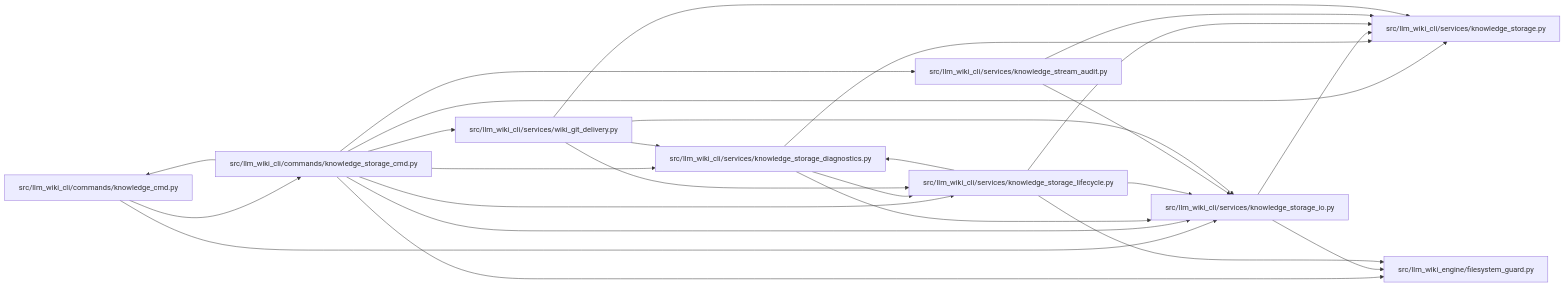
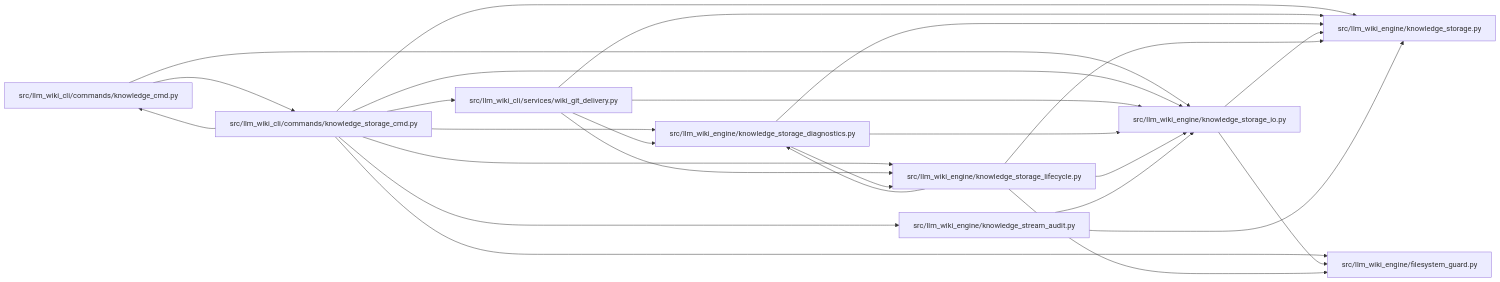
One commit to Denissvgn/python-wiki-llm changed the diagram in docs/llm_wiki/modules/knowledge_storage_cmd.md. Above: the diagram before and after it, drawn with Mermaid. The commit also changed other lines of this file and 1058 other files, not shown here.

First line of the commit message:
docs: refresh the wiki for the knowledge store move

````diff
--- a/docs/llm_wiki/modules/knowledge_storage_cmd.md
+++ b/docs/llm_wiki/modules/knowledge_storage_cmd.md
@@ -28,46 +28,46 @@
 ```mermaid
 flowchart LR
     n0["src/llm_wiki_cli/commands/knowledge_cmd.py"]
     n1["src/llm_wiki_cli/commands/knowledge_storage_cmd.py"]
-    n2["src/llm_wiki_cli/services/knowledge_storage.py"]
-    n3["src/llm_wiki_cli/services/knowledge_storage_diagnostics.py"]
-    n4["src/llm_wiki_cli/services/knowledge_storage_io.py"]
-    n5["src/llm_wiki_cli/services/knowledge_storage_lifecycle.py"]
-    n6["src/llm_wiki_cli/services/knowledge_stream_audit.py"]
-    n7["src/llm_wiki_cli/services/wiki_git_delivery.py"]
-    n8["src/llm_wiki_engine/filesystem_guard.py"]
+    n2["src/llm_wiki_cli/services/wiki_git_delivery.py"]
+    n3["src/llm_wiki_engine/filesystem_guard.py"]
+    n4["src/llm_wiki_engine/knowledge_storage.py"]
+    n5["src/llm_wiki_engine/knowledge_storage_diagnostics.py"]
+    n6["src/llm_wiki_engine/knowledge_storage_io.py"]
+    n7["src/llm_wiki_engine/knowledge_storage_lifecycle.py"]
+    n8["src/llm_wiki_engine/knowledge_stream_audit.py"]
     n0 --> n1
-    n0 --> n4
+    n0 --> n6
     n1 --> n0
     n1 --> n2
     n1 --> n3
     n1 --> n4
     n1 --> n5
     n1 --> n6
     n1 --> n7
     n1 --> n8
-    n3 --> n2
-    n3 --> n4
-    n3 --> n5
-    n4 --> n2
-    n4 --> n8
-    n5 --> n2
-    n5 --> n3
+    n2 --> n4
+    n2 --> n5
+    n2 --> n6
+    n2 --> n7
     n5 --> n4
-    n5 --> n8
-    n6 --> n2
+    n5 --> n6
+    n5 --> n7
+    n6 --> n3
     n6 --> n4
-    n7 --> n2
     n7 --> n3
     n7 --> n4
     n7 --> n5
+    n7 --> n6
+    n8 --> n4
+    n8 --> n6
     click n0 "../modules/knowledge_cmd.md"
     click n1 "../modules/knowledge_storage_cmd.md"
-    click n2 "../modules/knowledge_storage.md"
-    click n3 "../modules/knowledge_storage_diagnostics.md"
-    click n4 "../modules/knowledge_storage_io.md"
-    click n5 "../modules/knowledge_storage_lifecycle.md"
-    click n6 "../modules/knowledge_stream_audit.md"
-    click n7 "../modules/wiki_git_delivery.md"
-    click n8 "../modules/filesystem_guard.md"
+    click n2 "../modules/wiki_git_delivery.md"
+    click n3 "../modules/filesystem_guard.md"
+    click n4 "../modules/knowledge_storage.md"
+    click n5 "../modules/knowledge_storage_diagnostics.md"
+    click n6 "../modules/knowledge_storage_io.md"
+    click n7 "../modules/knowledge_storage_lifecycle.md"
+    click n8 "../modules/knowledge_stream_audit.md"
 ```
````
